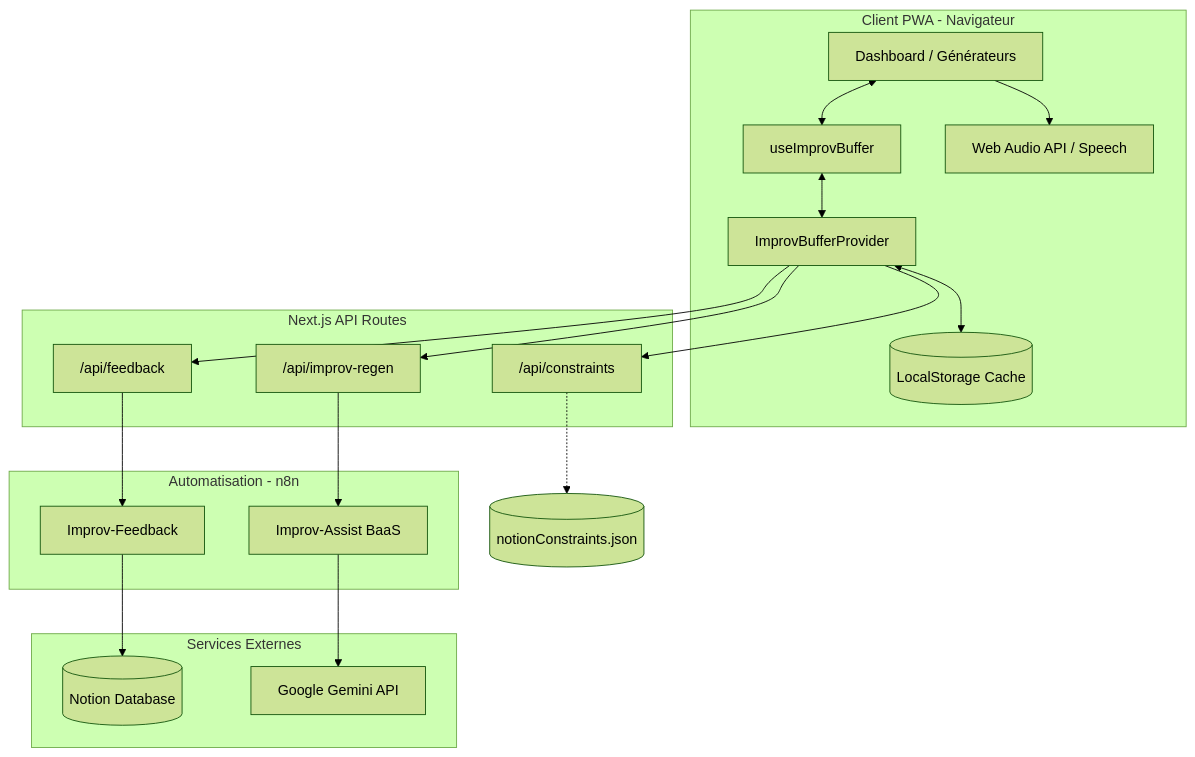
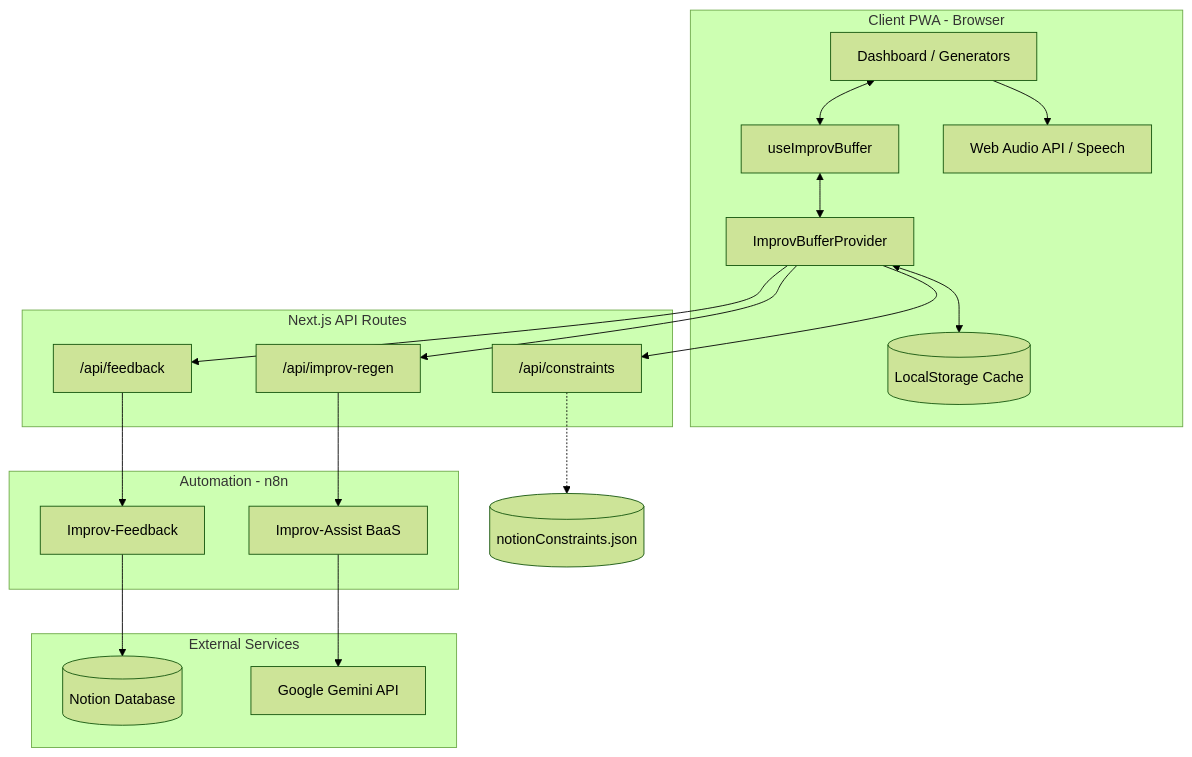
The diagram in ARCHITECTURE.md (gnueole/improv-assist), drawn with Mermaid (forest theme) before and after one commit. The commit also changed other lines of this file and 2 other files, not shown here.

First line of the commit message:
docs: translate README, ARCHITECTURE and TILEAPI into English

````diff
--- a/ARCHITECTURE.md
+++ b/ARCHITECTURE.md
@@ -11,40 +11,40 @@
 ```mermaid
 graph TD
-    subgraph Client [Client PWA - Navigateur]
-        UI["Dashboard / Générateurs"] <--> Hook[useImprovBuffer]
+    subgraph Client [Client PWA - Browser]
+        UI["Dashboard / Generators"] <--> Hook[useImprovBuffer]
         Hook <--> Provider[ImprovBufferProvider]
         Provider <--> LS[(LocalStorage Cache)]
         Audio["Web Audio API / Speech"]
     end
 
     subgraph API [Next.js API Routes]
         R_Feedback["/api/feedback"]
         R_Regen["/api/improv-regen"]
         R_Constraints["/api/constraints"]
     end
 
-    subgraph BaaS [Automatisation - n8n]
+    subgraph BaaS [Automation - n8n]
         N_Feedback[Improv-Feedback]
         N_BaaS[Improv-Assist BaaS]
     end
 
-    subgraph Tierce [Services Externes]
+    subgraph ThirdParty [External Services]
         Notion[(Notion Database)]
         Gemini[Google Gemini API]
     end
 
     %% Client links
     UI --> Audio
     Provider --> R_Constraints
     Provider --> R_Feedback
     Provider --> R_Regen
 
     %% API links
     R_Constraints -.-> Cache[(notionConstraints.json)]
     R_Feedback --> N_Feedback
     R_Regen --> N_BaaS
 
     %% BaaS links
     N_Feedback --> Notion
     N_BaaS --> Gemini
 ```
````
